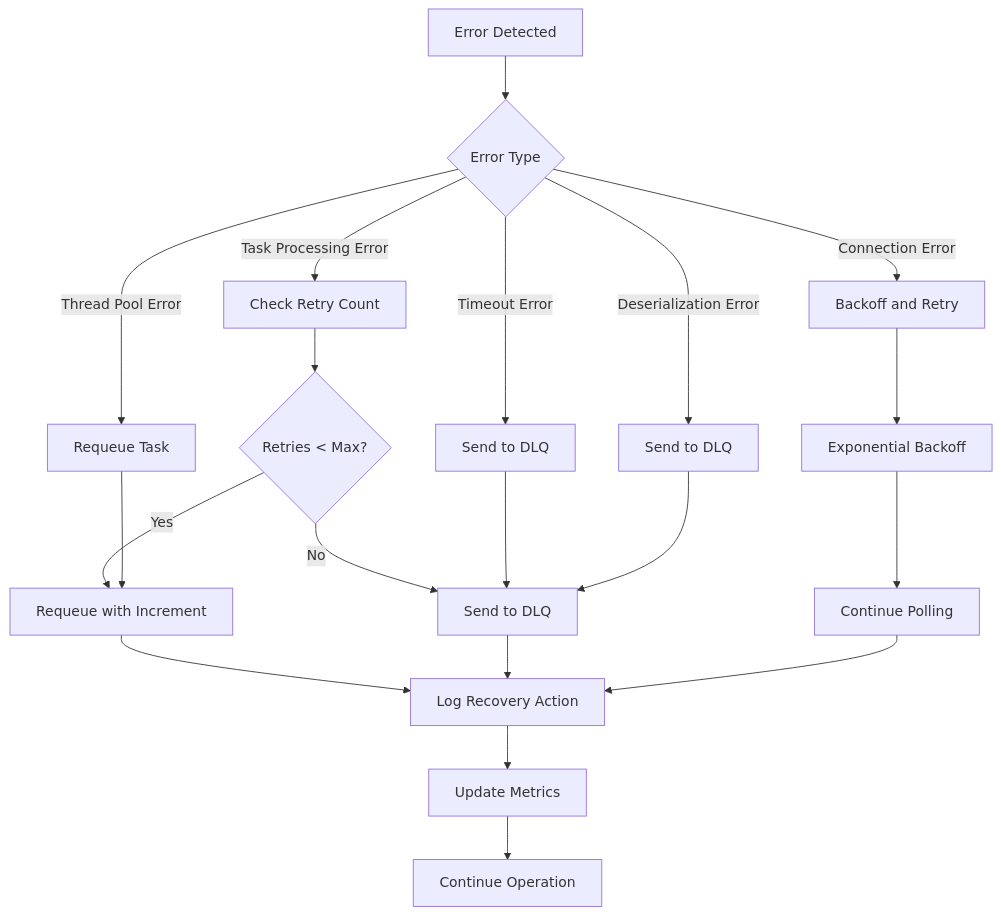
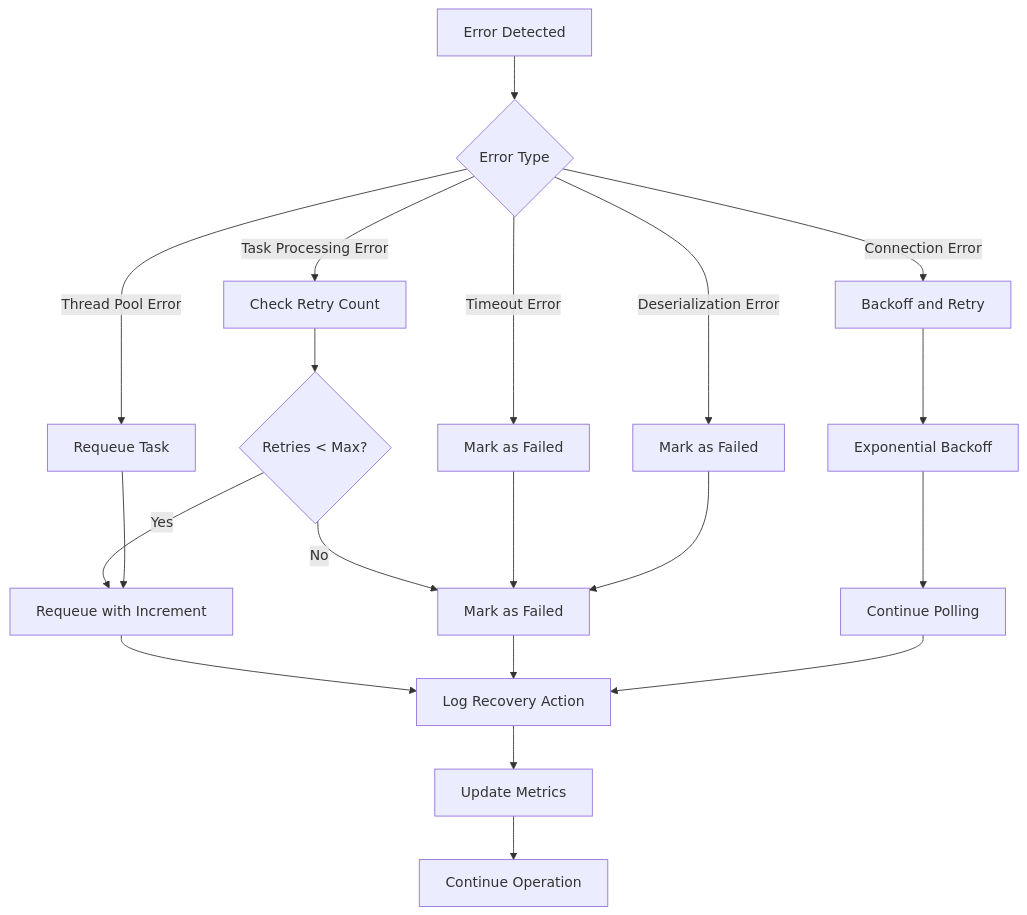
One commit to premana/fairque changed the ninth of 14 diagrams in docs/worker-sequence.md. Above: the diagram before and after it, drawn with Mermaid. The commit also changed other lines of this file and 4 other files, not shown here.

````diff
--- a/docs/worker-sequence.md
+++ b/docs/worker-sequence.md
@@ -398,28 +398,28 @@
 ```mermaid
 graph TD
     E[Error Detected] --> T{Error Type}
     
     T -->|Task Processing Error| R1[Check Retry Count]
     T -->|Connection Error| R2[Backoff and Retry]
-    T -->|Timeout Error| R3[Send to DLQ]
-    T -->|Deserialization Error| R4[Send to DLQ]
+    T -->|Timeout Error| R3[Mark as Failed]
+    T -->|Deserialization Error| R4[Mark as Failed]
     T -->|Thread Pool Error| R5[Requeue Task]
     
     R1 --> RC{Retries < Max?}
     RC -->|Yes| RQ[Requeue with Increment]
-    RC -->|No| DLQ[Send to DLQ]
+    RC -->|No| FAIL[Mark as Failed]
     
     R2 --> B[Exponential Backoff]
     B --> C[Continue Polling]
     
-    R3 --> DLQ
-    R4 --> DLQ
+    R3 --> FAIL
+    R4 --> FAIL
     R5 --> RQ
     
     RQ --> L[Log Recovery Action]
-    DLQ --> L
+    FAIL --> L
     C --> L
     
     L --> M[Update Metrics]
     M --> N[Continue Operation]
 ```
````
